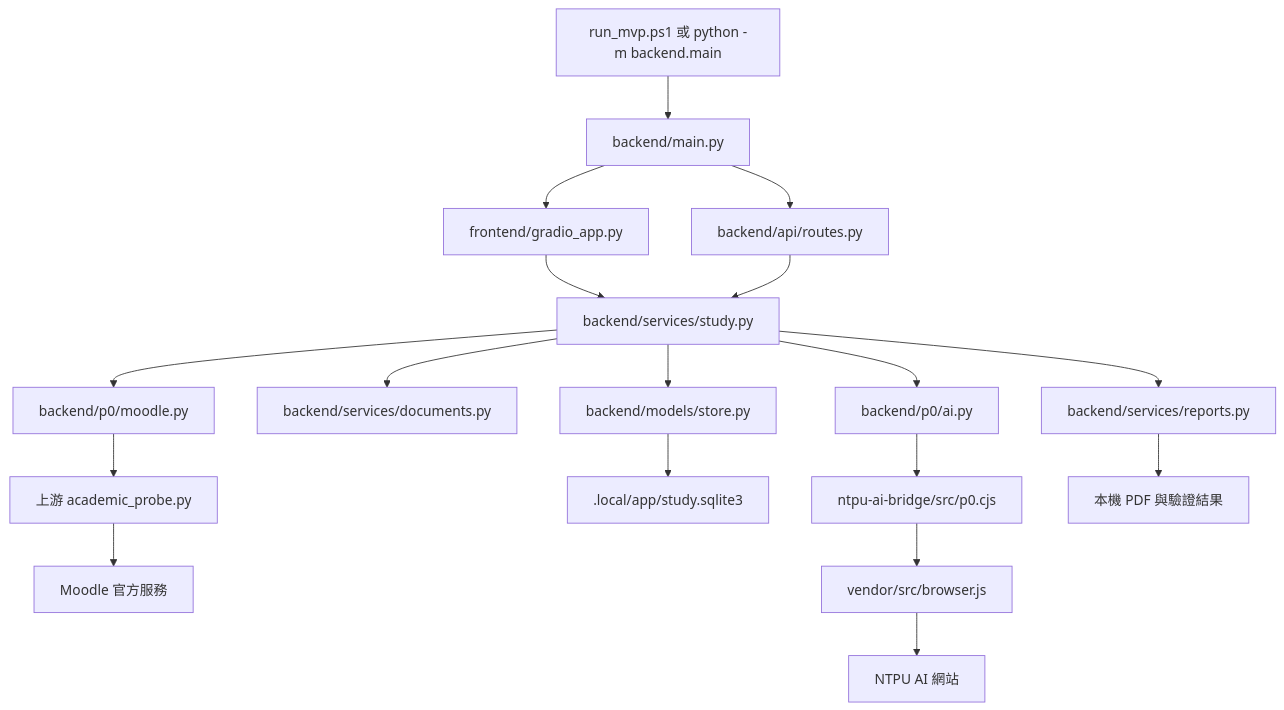
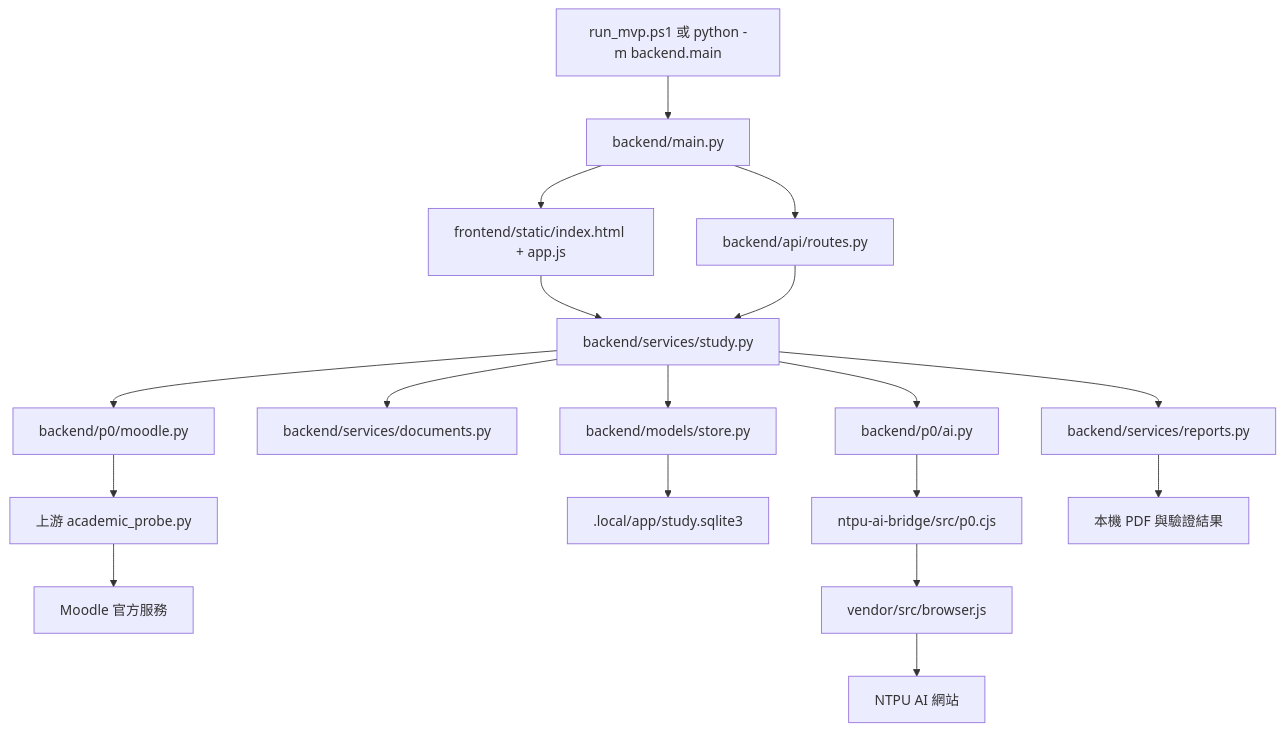
One commit to andyyoung1219/NTPU_HomeworkInOne_dark changed the diagram in docs/FILE_GUIDE.md. Above: the diagram before and after it, drawn with Mermaid. The commit also changed other lines of this file and 34 other files, not shown here.

````diff
--- a/docs/FILE_GUIDE.md
+++ b/docs/FILE_GUIDE.md
@@ -62,20 +62,20 @@
 ```mermaid
 flowchart TD
     Start[run_mvp.ps1 或 python -m backend.main] --> Main[backend/main.py]
-    Main --> UI[frontend/gradio_app.py]
+    Main --> UI[frontend/static/index.html + app.js]
     Main --> API[backend/api/routes.py]
     UI --> Service[backend/services/study.py]
     API --> Service
     Service --> Moodle[backend/p0/moodle.py]
     Moodle --> Probe[上游 academic_probe.py]
     Probe --> School[Moodle 官方服務]
     Service --> Docs[backend/services/documents.py]
     Service --> Store[backend/models/store.py]
     Store --> SQLite[.local/app/study.sqlite3]
     Service --> AI[backend/p0/ai.py]
     AI --> Node[ntpu-ai-bridge/src/p0.cjs]
     Node --> Browser[vendor/src/browser.js]
     Browser --> Site[NTPU AI 網站]
     Service --> Report[backend/services/reports.py]
     Report --> Output[本機 PDF 與驗證結果]
 ```
````
